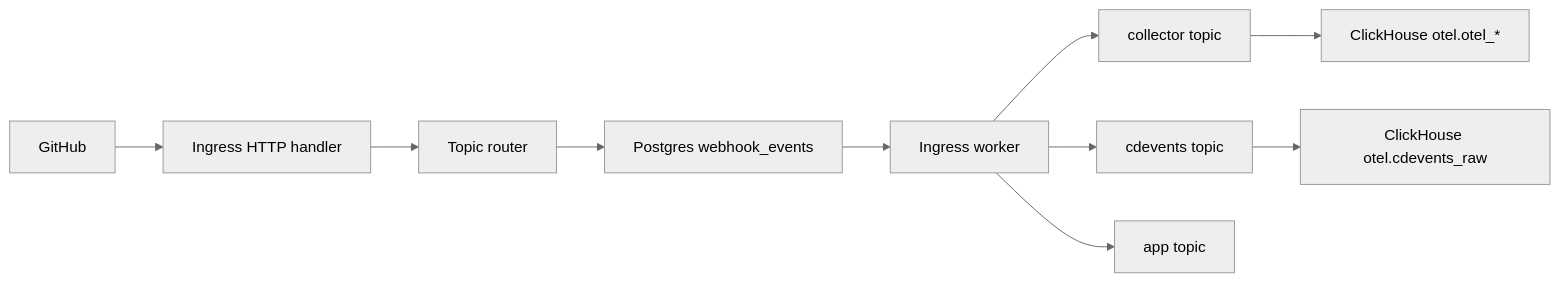
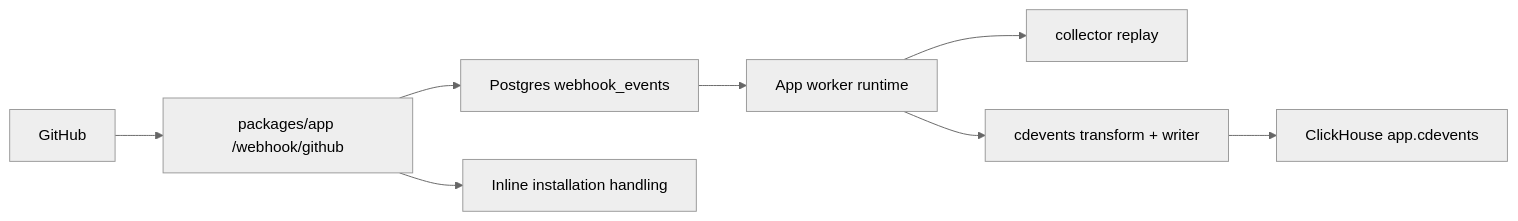
Before and after one commit to everr-labs/everr: the diagram in specs/webhook-request-lifecycle.md, drawn with Mermaid (neutral theme). The commit also changed other lines of this file and 77 other files, not shown here.

Commit message:
feat: move ingress and cdevents in app

````diff
--- a/specs/webhook-request-lifecycle.md
+++ b/specs/webhook-request-lifecycle.md
@@ -17,12 +16,10 @@
 ```mermaid
 flowchart LR
-    GH["GitHub"] --> IngressHTTP["Ingress HTTP handler"]
-    IngressHTTP --> Router["Topic router"]
-    Router --> Events["Postgres webhook_events"]
-    Events --> Worker["Ingress worker"]
-    Worker --> Collector["collector topic"]
-    Worker --> CDEvents["cdevents topic"]
-    Worker --> App["app topic"]
-    Collector --> CHO["ClickHouse otel.otel_*"]
-    CDEvents --> CHC["ClickHouse otel.cdevents_raw"]
+    GH["GitHub"] --> APP["packages/app /webhook/github"]
+    APP --> DB["Postgres webhook_events"]
+    APP --> INLINE["Inline installation handling"]
+    DB --> WORKER["App worker runtime"]
+    WORKER --> COLLECTOR["collector replay"]
+    WORKER --> CDEVENTS["cdevents transform + writer"]
+    CDEVENTS --> CH["ClickHouse app.cdevents"]
 ```
````
